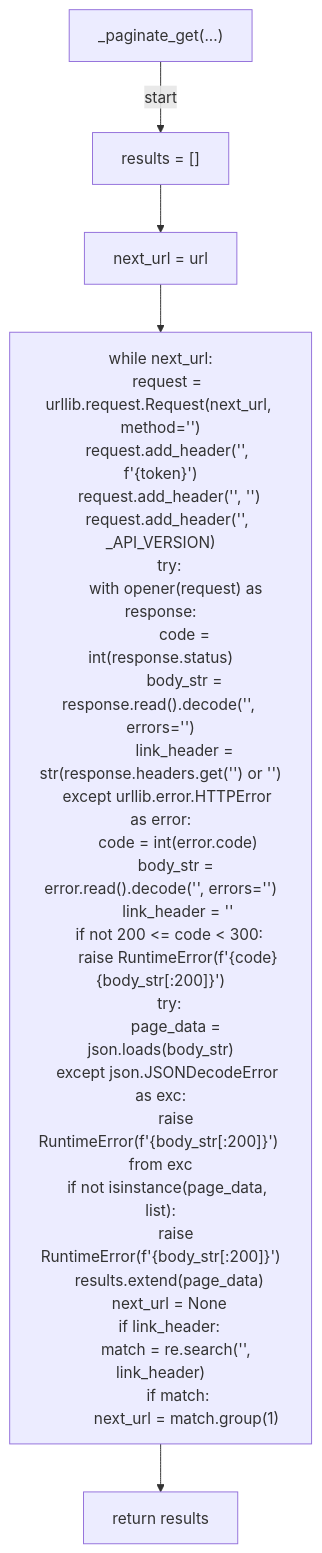
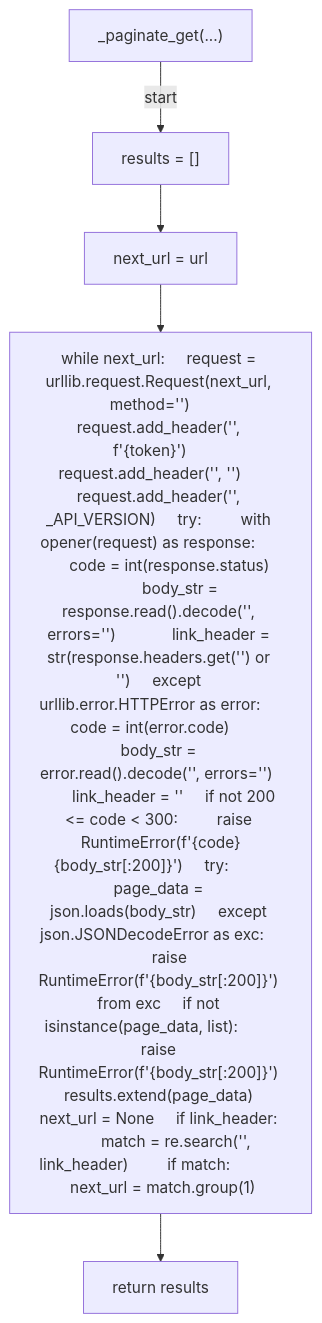
Before and after one commit to tvna/claude-md: the first of 7 diagrams in docs/generated/scripts/ast/github_paginate.md, drawn with Mermaid. The commit also changed other lines of this file and 30 other files, not shown here.

First line of the commit message:
docs(generated): regenerate decision tree and workflow diagrams (batch 2/5)

````diff
--- a/docs/generated/scripts/ast/github_paginate.md
+++ b/docs/generated/scripts/ast/github_paginate.md
@@ -7,39 +7,12 @@
 ```mermaid
 flowchart TD
     N001["_paginate_get(...)"]
     N002["results = []"]
     N003["next_url = url"]
-    N004["while next_url:
-    request = urllib.request.Request(next_url, method='<str>')
-    request.add_header('<str>', f'<str>{token}')
-    request.add_header('<str>', '<str>')
-    request.add_header('<str>', _API_VERSION)
-    try:
-        with opener(request) as response:
-            code = int(response.status)
-            body_str = response.read().decode('<str>', errors='<str>')
-            link_header = str(response.headers.get('<str>') or '<str>')
-    except urllib.error.HTTPError as error:
-        code = int(error.code)
-        body_str = error.read().decode('<str>', errors='<str>')
-        link_header = '<str>'
-    if not 200 <= code < 300:
-        raise RuntimeError(f'<str>{code}<str>{body_str[:200]}')
-    try:
-        page_data = json.loads(body_str)
-    except json.JSONDecodeError as exc:
-        raise RuntimeError(f'<str>{body_str[:200]}') from exc
-    if not isinstance(page_data, list):
-        raise RuntimeError(f'<str>{body_str[:200]}')
-    results.extend(page_data)
-    next_url = None
-    if link_header:
-        match = re.search('<str>', link_header)
-        if match:
-            next_url = match.group(1)"]
+    N004["while next_url:     request = urllib.request.Request(next_url, method='<str>')     request.add_header('<str>', f'<str>{token}')     request.add_header('<str>', '<str>')     request.add_header('<str>', _API_VERSION)     try:         with opener(request) as response:             code = int(response.status)             body_str = response.read().decode('<str>', errors='<str>')             link_header = str(response.headers.get('<str>') or '<str>')     except urllib.error.HTTPError as error:         code = int(error.code)         body_str = error.read().decode('<str>', errors='<str>')         link_header = '<str>'     if not 200 <= code < 300:         raise RuntimeError(f'<str>{code}<str>{body_str[:200]}')     try:         page_data = json.loads(body_str)     except json.JSONDecodeError as exc:         raise RuntimeError(f'<str>{body_str[:200]}') from exc     if not isinstance(page_data, list):         raise RuntimeError(f'<str>{body_str[:200]}')     results.extend(page_data)     next_url = None     if link_header:         match = re.search('<str>', link_header)         if match:             next_url = match.group(1)"]
     N005["return results"]
     N001 -->|"start"| N002
     N002 --> N003
     N003 --> N004
     N004 --> N005
 ```
````
